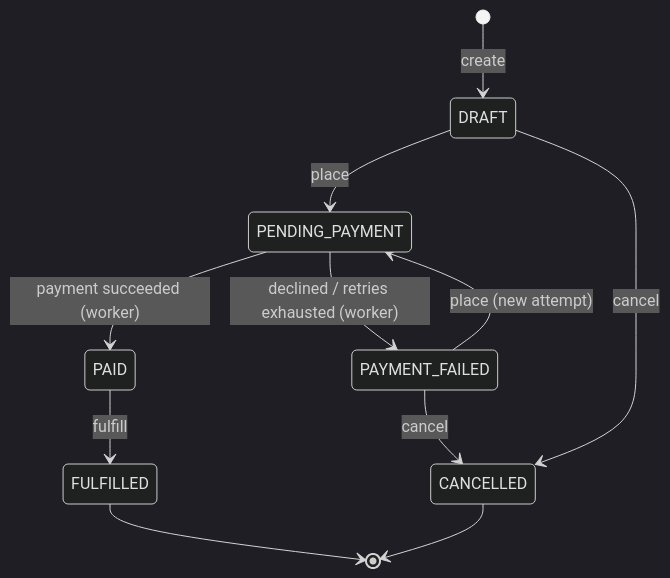
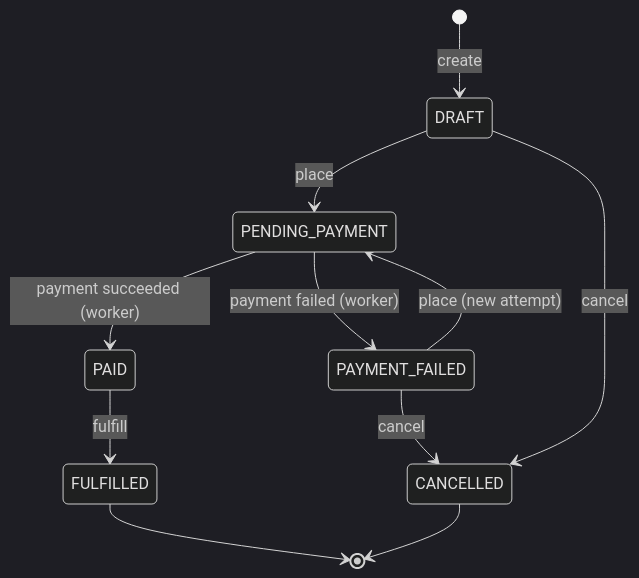
Before and after one commit to KarpAAA/order-management: the fourth of 5 diagrams in docs/architecture.md, drawn with Mermaid (dark theme). The commit also changed other lines of this file and 9 other files, not shown here.

````diff
--- a/docs/architecture.md
+++ b/docs/architecture.md
@@ -148,13 +168,13 @@
 ```mermaid
 stateDiagram-v2
   [*] --> DRAFT: create
   DRAFT --> PENDING_PAYMENT: place
   DRAFT --> CANCELLED: cancel
   PENDING_PAYMENT --> PAID: payment succeeded (worker)
-  PENDING_PAYMENT --> PAYMENT_FAILED: declined / retries exhausted (worker)
+  PENDING_PAYMENT --> PAYMENT_FAILED: payment failed (worker)
   PAYMENT_FAILED --> PENDING_PAYMENT: place (new attempt)
   PAYMENT_FAILED --> CANCELLED: cancel
   PAID --> FULFILLED: fulfill
   FULFILLED --> [*]
   CANCELLED --> [*]
 ```
````
